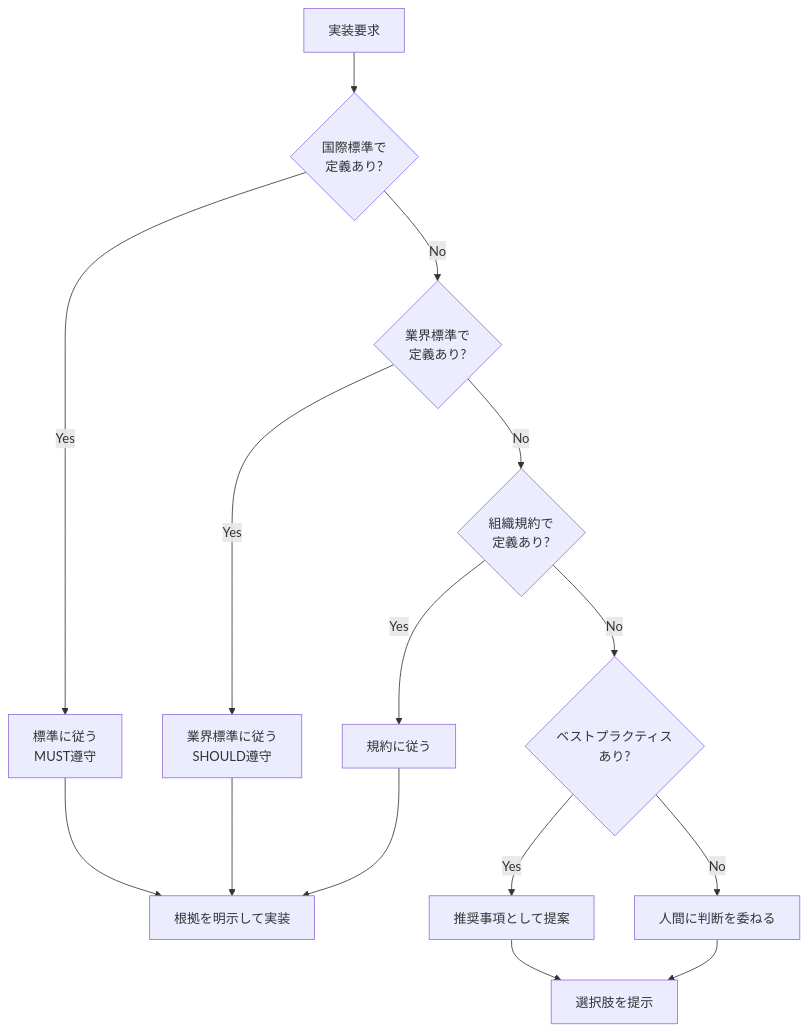
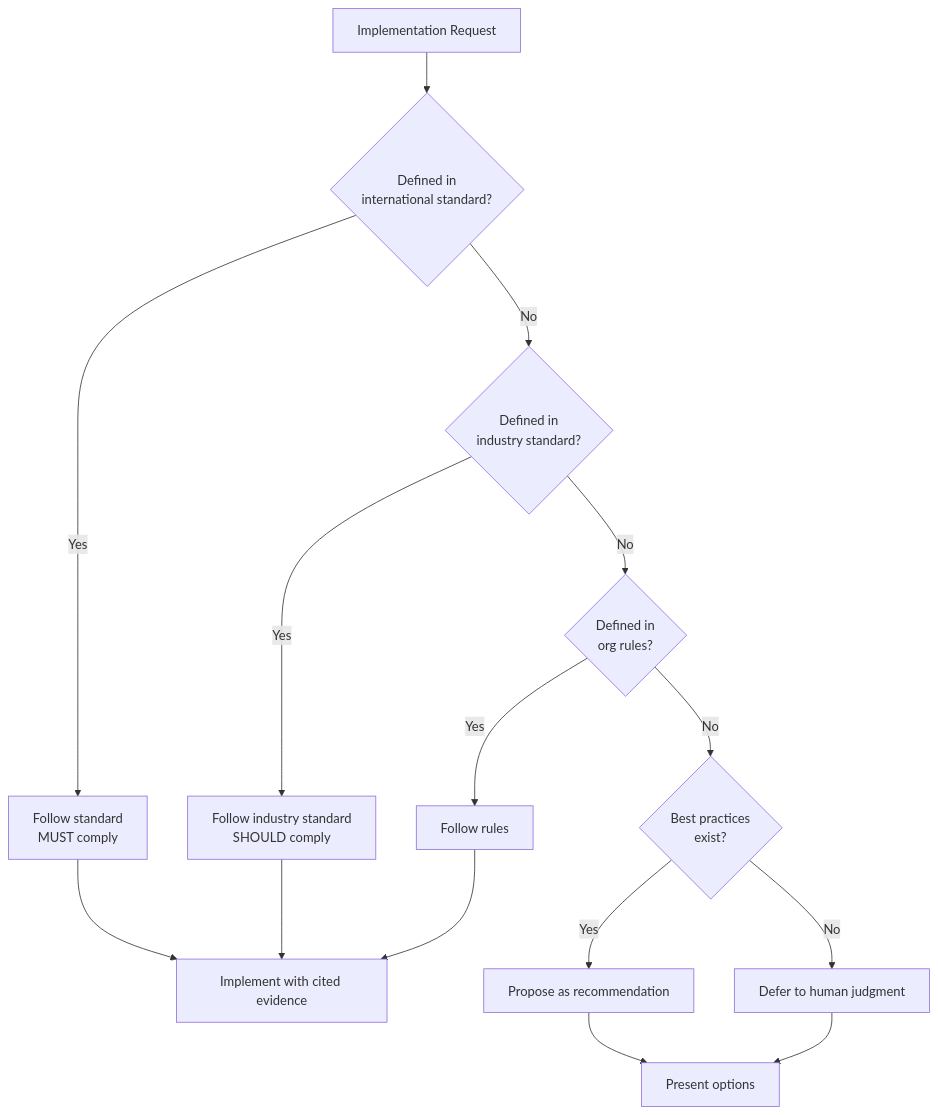
One commit to shuji-bonji/ai-agent-architecture changed diagram 12 of 15 in docs/concepts/02-reference-sources.md. Above: the diagram before and after it, drawn with Mermaid. The commit also changed other lines of this file and 42 other files, not shown here.

````diff
--- a/docs/concepts/02-reference-sources.md
+++ b/docs/concepts/02-reference-sources.md
@@ -448,18 +450,18 @@
 ```mermaid
 flowchart TB
-    A[実装要求] --> B{国際標準で<br/>定義あり?}
-    B -->|Yes| C[標準に従う<br/>MUST遵守]
-    B -->|No| D{業界標準で<br/>定義あり?}
-    D -->|Yes| E[業界標準に従う<br/>SHOULD遵守]
-    D -->|No| F{組織規約で<br/>定義あり?}
-    F -->|Yes| G[規約に従う]
-    F -->|No| H{ベストプラクティス<br/>あり?}
-    H -->|Yes| I[推奨事項として提案]
-    H -->|No| J[人間に判断を委ねる]
+    A[Implementation Request] --> B{Defined in<br/>international standard?}
+    B -->|Yes| C[Follow standard<br/>MUST comply]
+    B -->|No| D{Defined in<br/>industry standard?}
+    D -->|Yes| E[Follow industry standard<br/>SHOULD comply]
+    D -->|No| F{Defined in<br/>org rules?}
+    F -->|Yes| G[Follow rules]
+    F -->|No| H{Best practices<br/>exist?}
+    H -->|Yes| I[Propose as recommendation]
+    H -->|No| J[Defer to human judgment]
 
-    C --> K[根拠を明示して実装]
+    C --> K[Implement with cited evidence]
     E --> K
     G --> K
-    I --> L[選択肢を提示]
+    I --> L[Present options]
     J --> L
 ```
````
